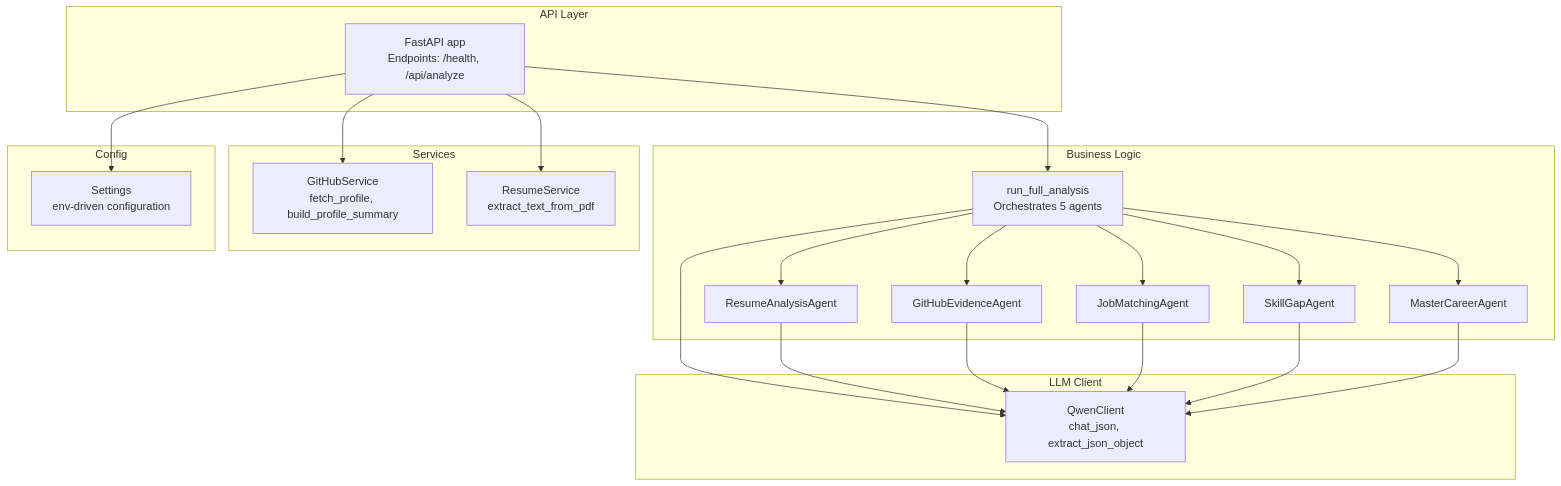
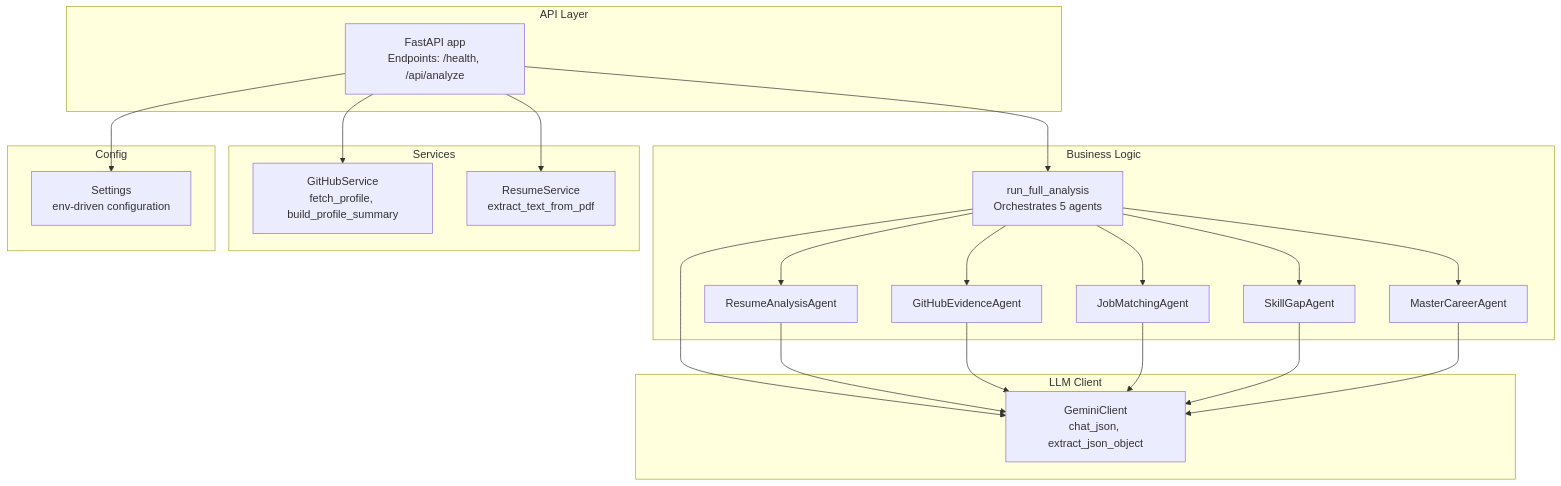
Before and after one commit to waqarimran342/CareerOS-AI: the first of 6 diagrams in .qoder/repowiki/en/content/Multi-Agent System/Pipeline Orchestration.md, drawn with Mermaid. The commit also changed other lines of this file and 32 other files, not shown here.

````diff
--- a/.qoder/repowiki/en/content/Multi-Agent System/Pipeline Orchestration.md
+++ b/.qoder/repowiki/en/content/Multi-Agent System/Pipeline Orchestration.md
@@ -38,39 +46,39 @@
 ```mermaid
 graph TB
 subgraph "API Layer"
 A["FastAPI app<br/>Endpoints: /health, /api/analyze"]
 end
 subgraph "Business Logic"
 B["run_full_analysis<br/>Orchestrates 5 agents"]
 C["ResumeAnalysisAgent"]
 D["GitHubEvidenceAgent"]
 E["JobMatchingAgent"]
 F["SkillGapAgent"]
 G["MasterCareerAgent"]
 end
 subgraph "Services"
 H["GitHubService<br/>fetch_profile, build_profile_summary"]
 I["ResumeService<br/>extract_text_from_pdf"]
 end
 subgraph "LLM Client"
-J["QwenClient<br/>chat_json, extract_json_object"]
+J["GeminiClient<br/>chat_json, extract_json_object"]
 end
 subgraph "Config"
 K["Settings<br/>env-driven configuration"]
 end
 A --> B
 B --> C
 B --> D
 B --> E
 B --> F
 B --> G
 B --> J
 A --> H
 A --> I
 A --> K
 C --> J
 D --> J
 E --> J
 F --> J
 G --> J
 ```
````
